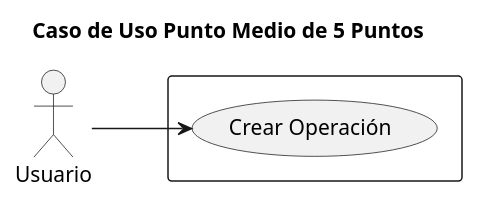
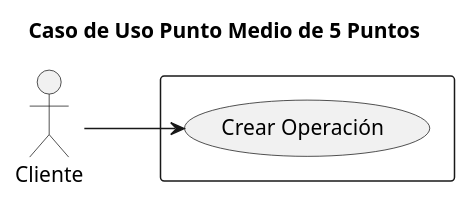
The diagram in casosDeUso/casosUsoDiferenciacionNumericaEIntegracion/casoUsoPuntoMedio5Puntos.puml (rodri5villa/numath-API), drawn with PlantUML before and after one commit. The commit also changed 170 other files, not shown here.

```diff
--- a/casosDeUso/casosUsoDiferenciacionNumericaEIntegracion/casoUsoPuntoMedio5Puntos.puml
+++ b/casosDeUso/casosUsoDiferenciacionNumericaEIntegracion/casoUsoPuntoMedio5Puntos.puml
@@ -1,15 +1,15 @@
 @startuml
 
 title Caso de Uso Punto Medio de 5 Puntos
 
 left to right direction
 
-actor Usuario as user
+actor Cliente as user
 
 rectangle  {
     usecase "Crear Operación" as crear
 }
 
 user --> crear: ""
 
 @enduml
```
